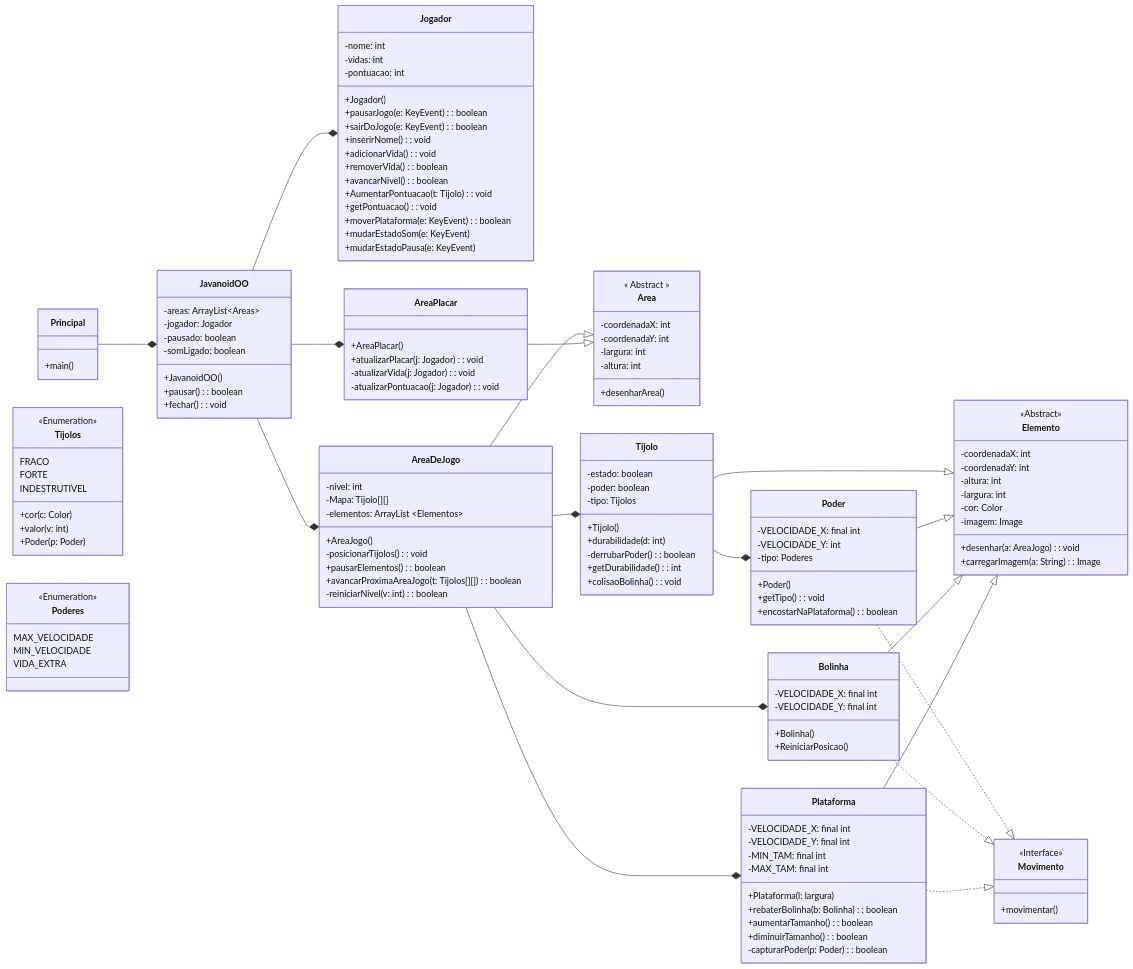
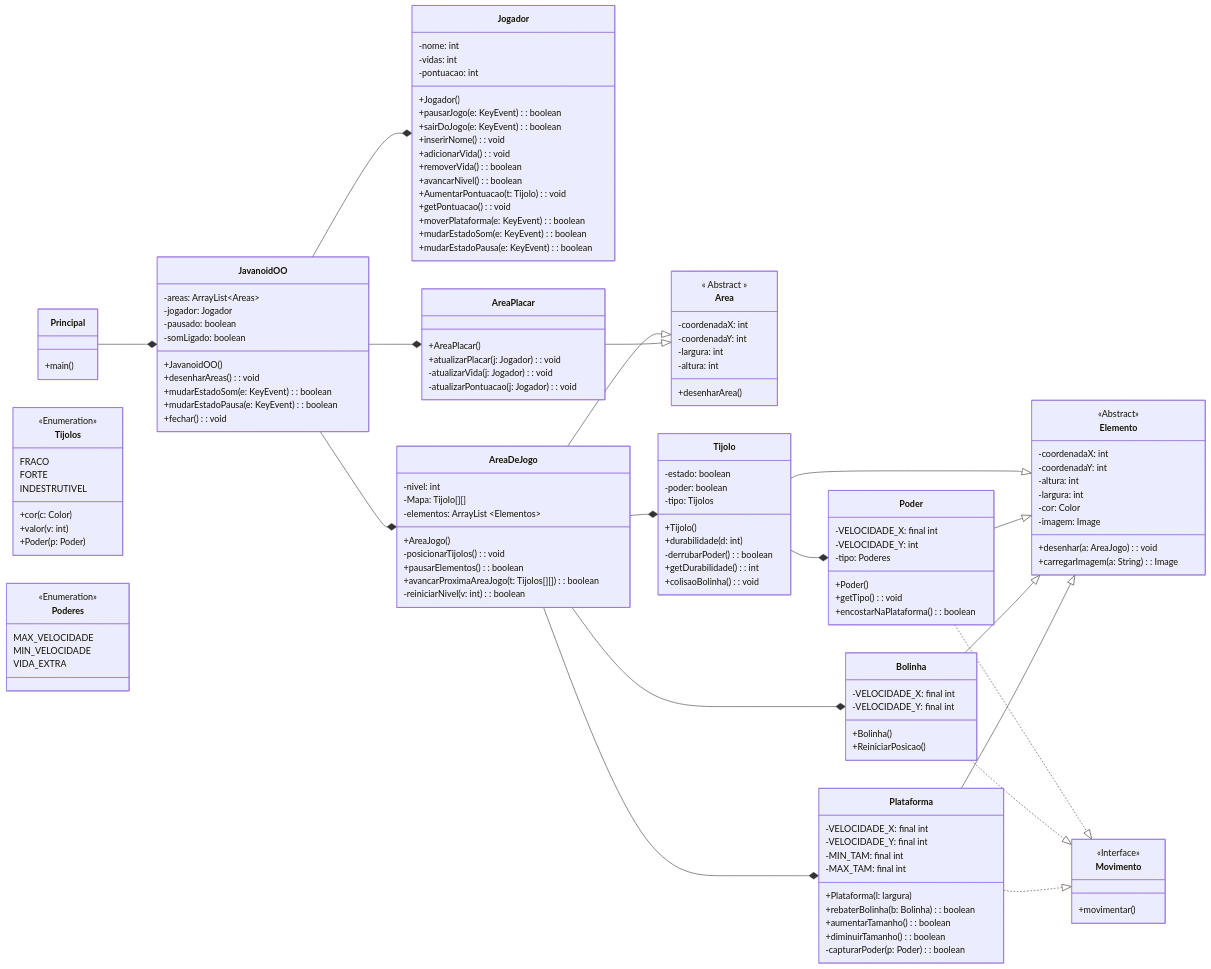
Before and after one commit to luizakuze/POO: the diagram in proj-02/DIAGRAMA.md, drawn with Mermaid.

Commit message:
diagrama completo

```diff
--- a/proj-02/DIAGRAMA.md
+++ b/proj-02/DIAGRAMA.md
@@ -22,8 +22,8 @@
         +AumentarPontuacao(t: Tijolo): void
         +getPontuacao(): void
         +moverPlataforma(e: KeyEvent): boolean
-        +mudarEstadoSom(e: KeyEvent)
-        +mudarEstadoPausa(e: KeyEvent)
+        +mudarEstadoSom(e: KeyEvent): boolean
+        +mudarEstadoPausa(e: KeyEvent): boolean
     }
 
     class JavanoidOO {
@@ -32,9 +32,10 @@
         -pausado: boolean
         -somLigado: boolean
         +JavanoidOO()
-        +pausar(): boolean
+        +desenharAreas(): void
+        +mudarEstadoSom(e: KeyEvent): boolean
+        +mudarEstadoPausa(e: KeyEvent): boolean
         +fechar(): void
-
     }
 
     class AreaDeJogo {
```
